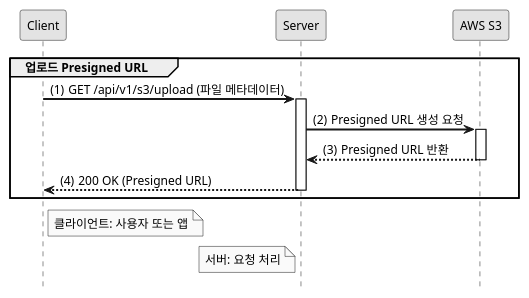
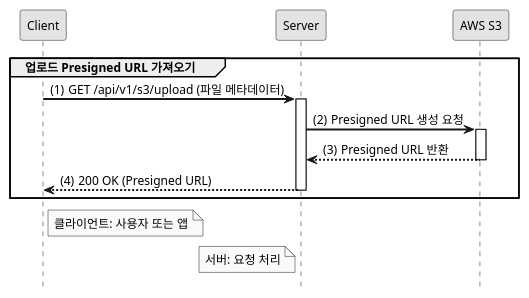
Before and after one commit to sumin220/SpringBoot_MemberBoard: the diagram in sequence/pre.puml, drawn with PlantUML. The commit also changed 1 other file, not shown here.

Commit message:
:recycle: [Refactor]: presigned url

```diff
--- a/sequence/pre.puml
+++ b/sequence/pre.puml
@@ -1,28 +1,28 @@
 @startuml
 
 hide footbox
 autoactivate on
 
 ' 스타일 설정
 skinparam monochrome true
 skinparam shadowing false
 skinparam defaultFontSize 12
 skinparam defaultFontName Arial
 skinparam sequenceArrowThickness 2
 
 participant "Client" as C
 participant "Server" as S
 participant "AWS S3" as S3
 
-group 업로드 Presigned URL
+group 업로드 Presigned URL 가져오기
     autonumber 1 "(0)"
     C -> S: GET /api/v1/s3/upload (파일 메타데이터)
     S -> S3: Presigned URL 생성 요청
     S3 --> S: Presigned URL 반환
     S --> C: 200 OK (Presigned URL)
 end
 
 note right of C: 클라이언트: 사용자 또는 앱
 note left of S: 서버: 요청 처리
 
 @enduml
```
